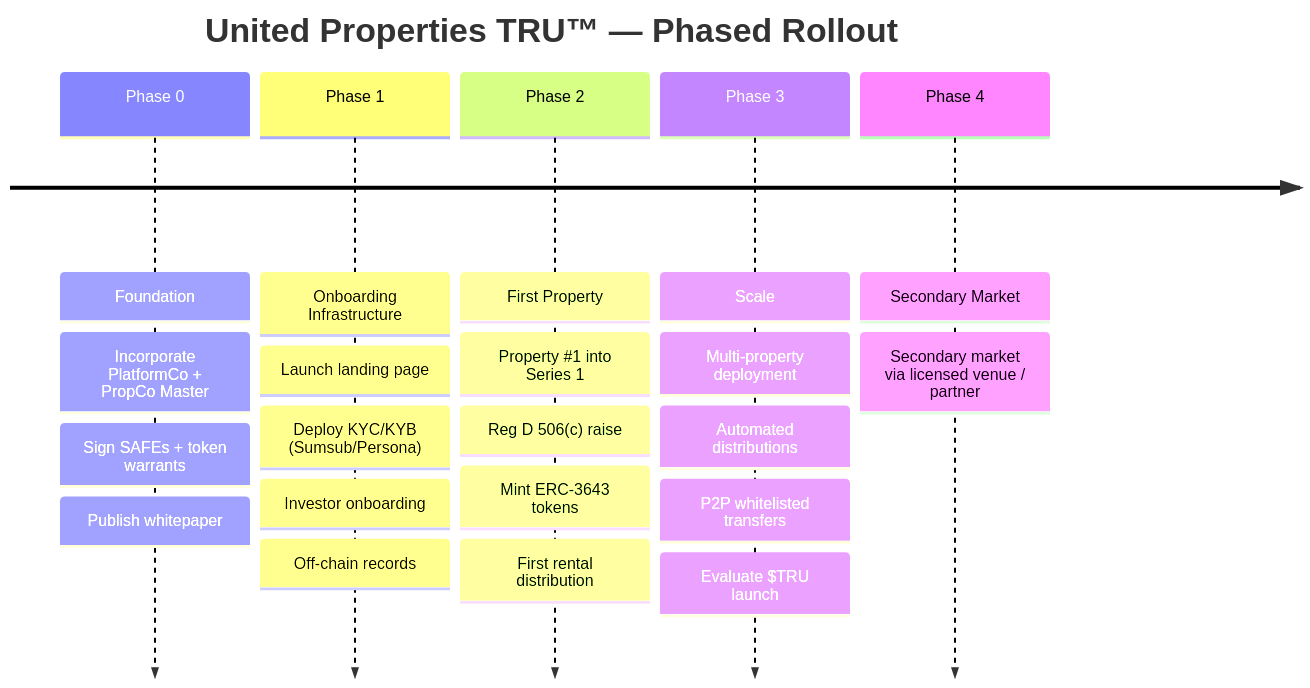
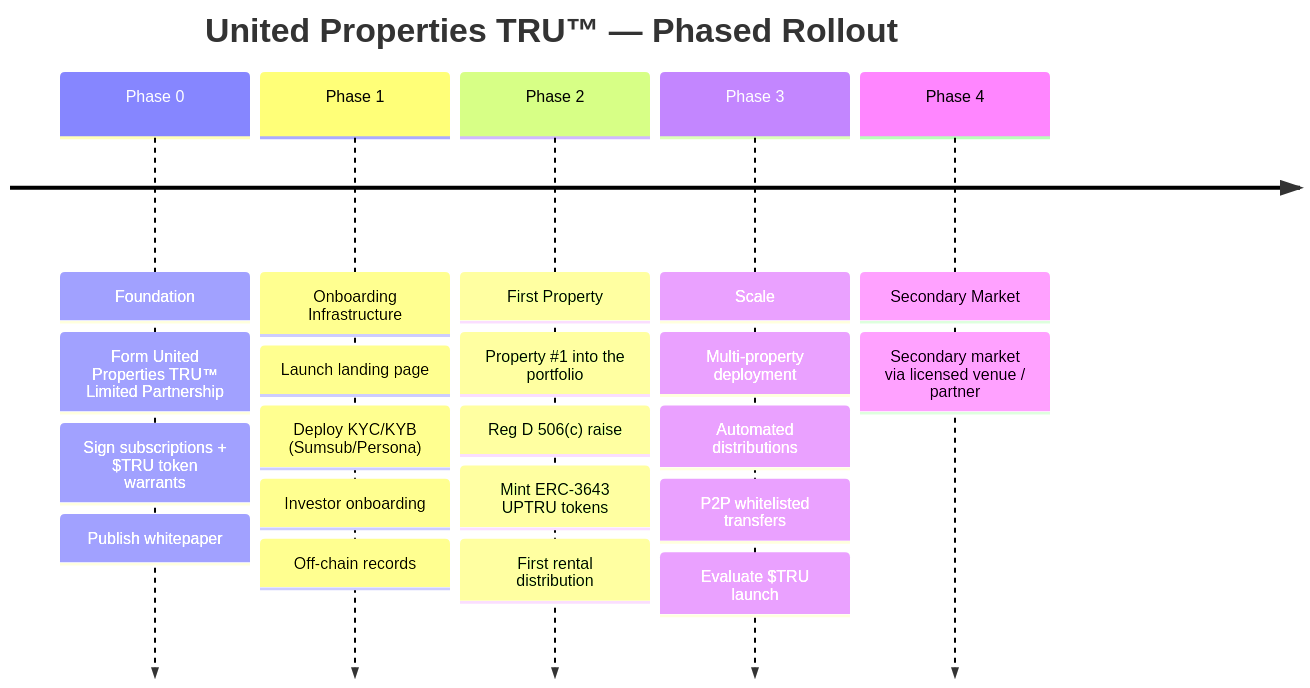
The diagram in docs/roadmap.md (Gur-noor/Property-United), drawn with Mermaid before and after one commit. The commit also changed other lines of this file and 17 other files, not shown here.

First line of the commit message:
Whitepaper: align entire doc to single model (whole-portfolio, Partnership, UPTRU)

````diff
--- a/docs/roadmap.md
+++ b/docs/roadmap.md
@@ -14,25 +14,25 @@
 ```mermaid
 timeline
     title United Properties TRU™ — Phased Rollout
     Phase 0 : Foundation
-            : Incorporate PlatformCo + PropCo Master
-            : Sign SAFEs + token warrants
+            : Form United Properties TRU™ Limited Partnership
+            : Sign subscriptions + $TRU token warrants
             : Publish whitepaper
     Phase 1 : Onboarding Infrastructure
             : Launch landing page
             : Deploy KYC/KYB (Sumsub/Persona)
             : Investor onboarding
             : Off-chain records
     Phase 2 : First Property
-            : Property #1 into Series 1
+            : Property #1 into the portfolio
             : Reg D 506(c) raise
-            : Mint ERC-3643 tokens
+            : Mint ERC-3643 UPTRU tokens
             : First rental distribution
     Phase 3 : Scale
             : Multi-property deployment
             : Automated distributions
             : P2P whitelisted transfers
             : Evaluate $TRU launch
     Phase 4 : Secondary Market
             : Secondary market via licensed venue / partner
 ```
````
